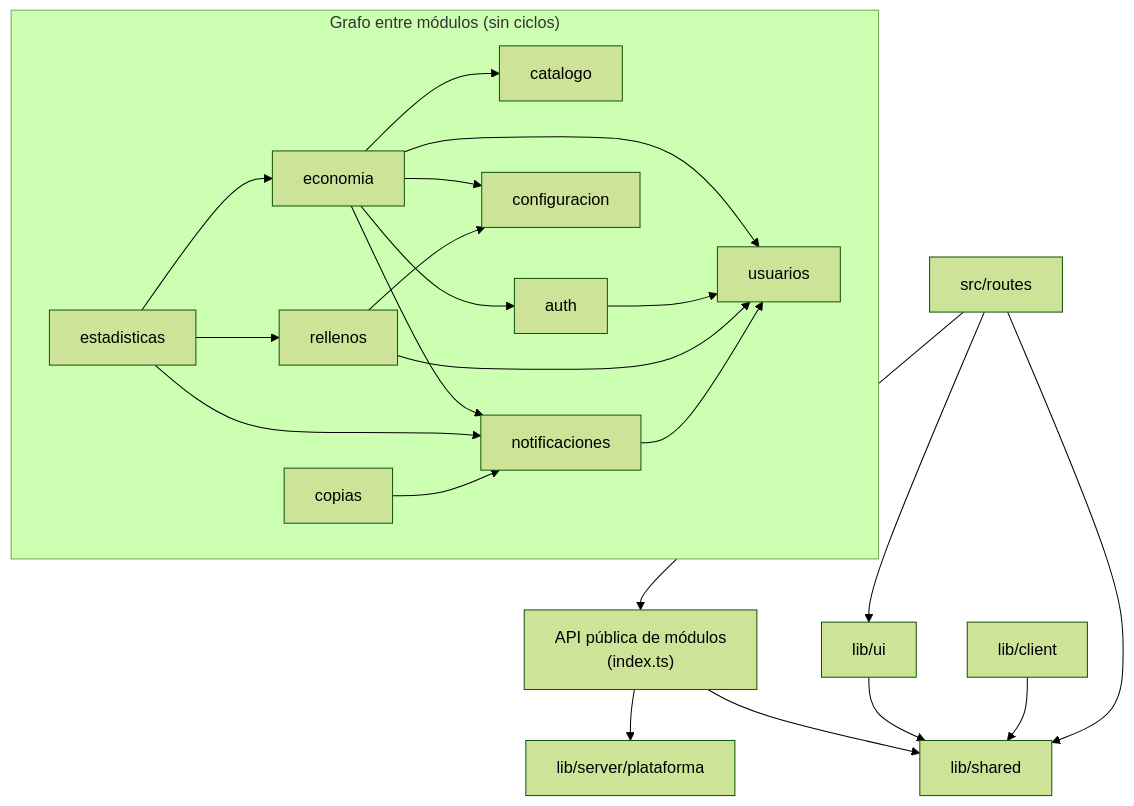
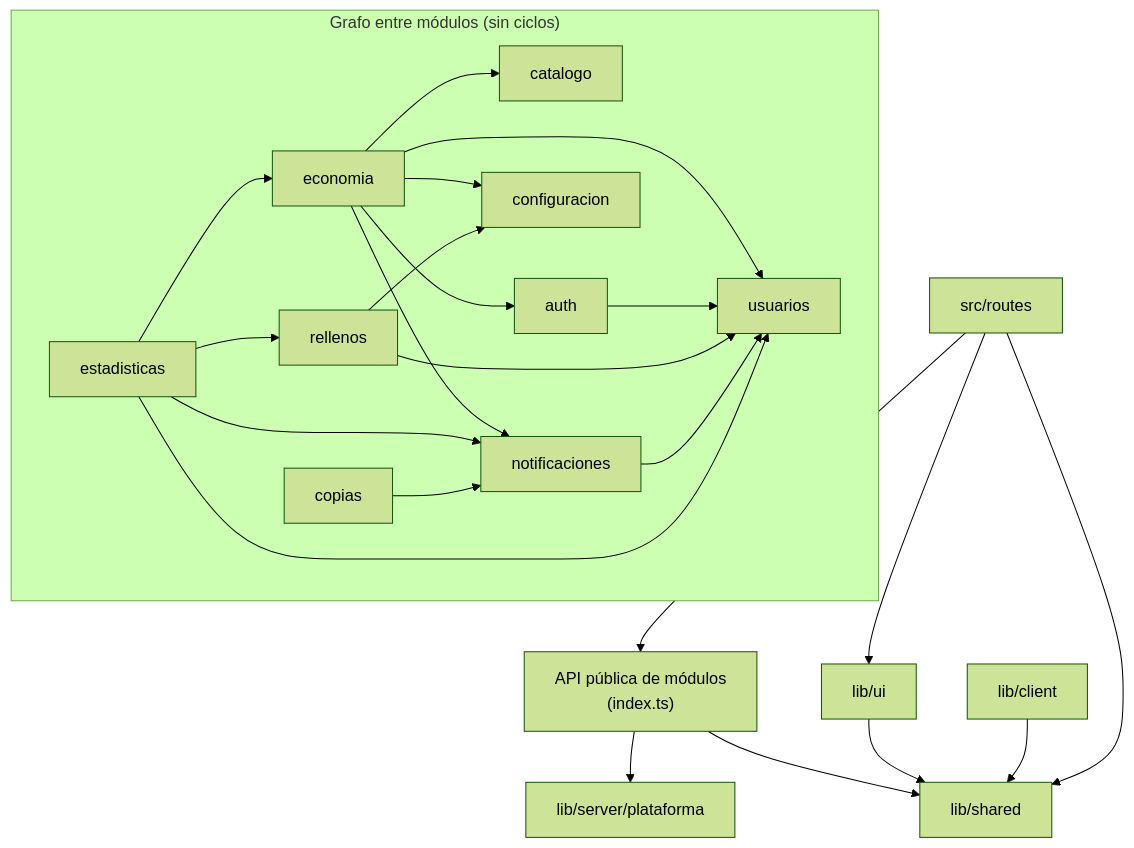
The second of 3 diagrams in ARCHITECTURE.md (danimardo/beCafe), drawn with Mermaid (forest theme) before and after one commit. The commit also changed other lines of this file and 124 other files, not shown here.

````diff
--- a/ARCHITECTURE.md
+++ b/ARCHITECTURE.md
@@ -122,26 +122,27 @@
 ```mermaid
 flowchart TD
   routes["src/routes"] --> server_api["API pública de módulos<br/>(index.ts)"]
   routes --> ui["lib/ui"]
   routes --> shared["lib/shared"]
   ui --> shared
   client["lib/client"] --> shared
   server_api --> plataforma["lib/server/plataforma"]
   server_api --> shared
 
   subgraph Modulos["Grafo entre módulos (sin ciclos)"]
     economia --> catalogo
     economia --> usuarios
     economia --> auth
     economia --> configuracion
     economia --> notificaciones
     auth --> usuarios
     rellenos --> usuarios
     rellenos --> configuracion
     notificaciones --> usuarios
     estadisticas --> economia
     estadisticas --> rellenos
     estadisticas --> notificaciones
+    estadisticas --> usuarios
     copias --> notificaciones
   end
 ```
````
